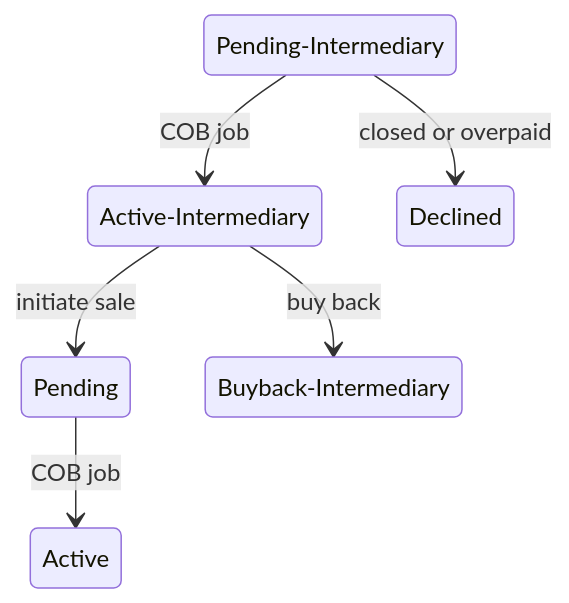
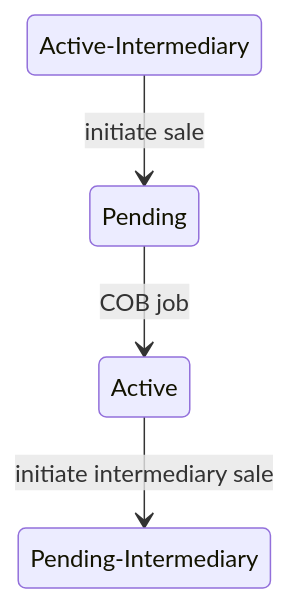
One commit to Mohit-Davar/pepper-soup changed the first of 2 diagrams in docs/gitbook/user/assets-investors/investor-module-enhancements.md. Above: the diagram before and after it, drawn with Mermaid. The commit also changed other lines of this file and 1071 other files, not shown here.

````diff
--- a/docs/gitbook/user/assets-investors/investor-module-enhancements.md
+++ b/docs/gitbook/user/assets-investors/investor-module-enhancements.md
@@ -60,14 +19,10 @@
 ```mermaid
 stateDiagram-v2
-  state "Pending-Intermediary" as n1
-  state "Active-Intermediary" as n2
-  state "Pending" as n3
-  state "Active" as n4
-  state "Buyback-Intermediary" as n5
-  state "Declined" as n6
-  n1 --> n2 : COB job
-  n2 --> n3 : initiate sale
-  n3 --> n4 : COB job
-  n2 --> n5 : buy back
-  n1 --> n6 : closed or overpaid
+  state "Active-Intermediary" as n1
+  state "Pending" as n2
+  state "Active" as n3
+  state "Pending-Intermediary" as n4
+  n1 --> n2 : initiate sale
+  n2 --> n3 : COB job
+  n3 --> n4 : initiate intermediary sale
 ```
````
